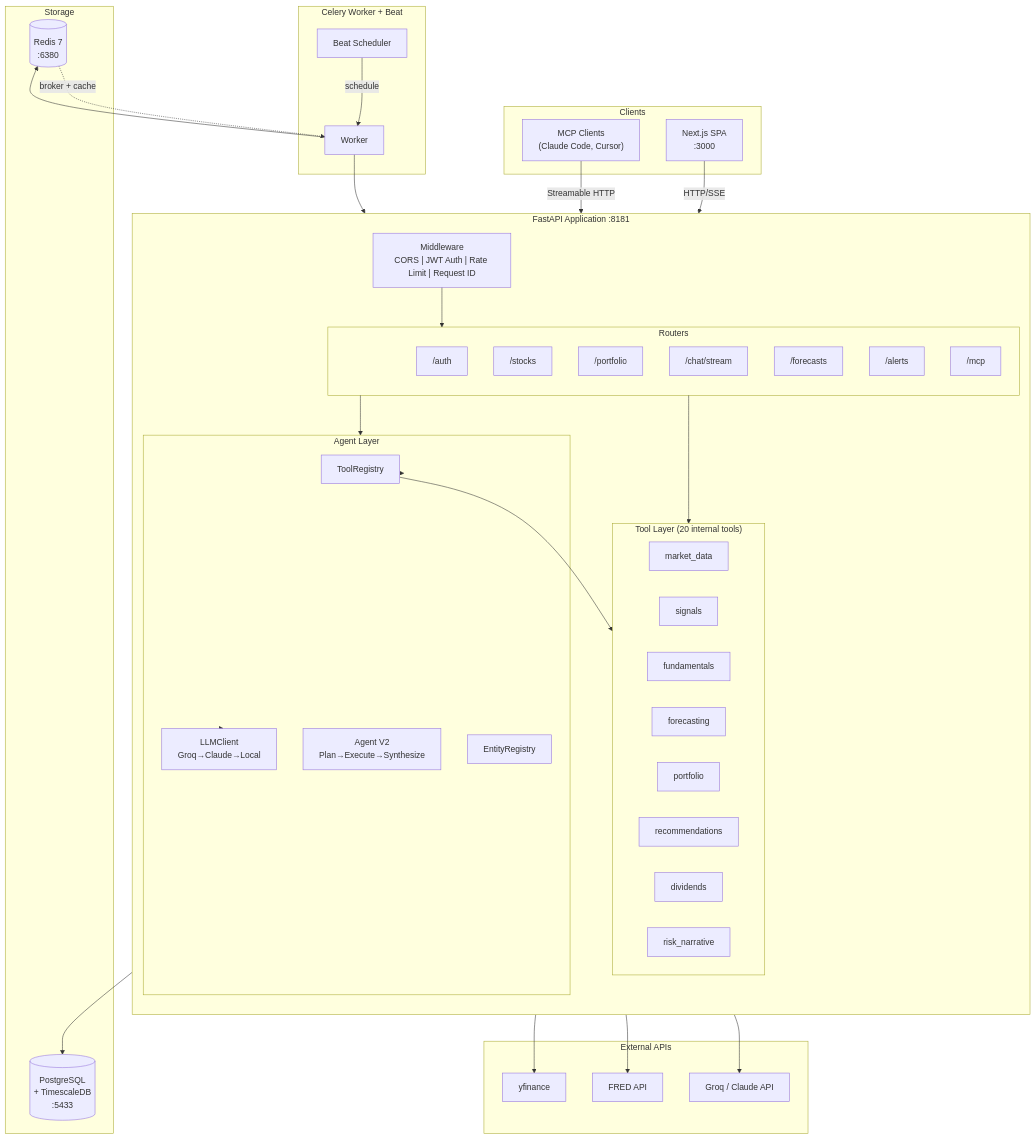
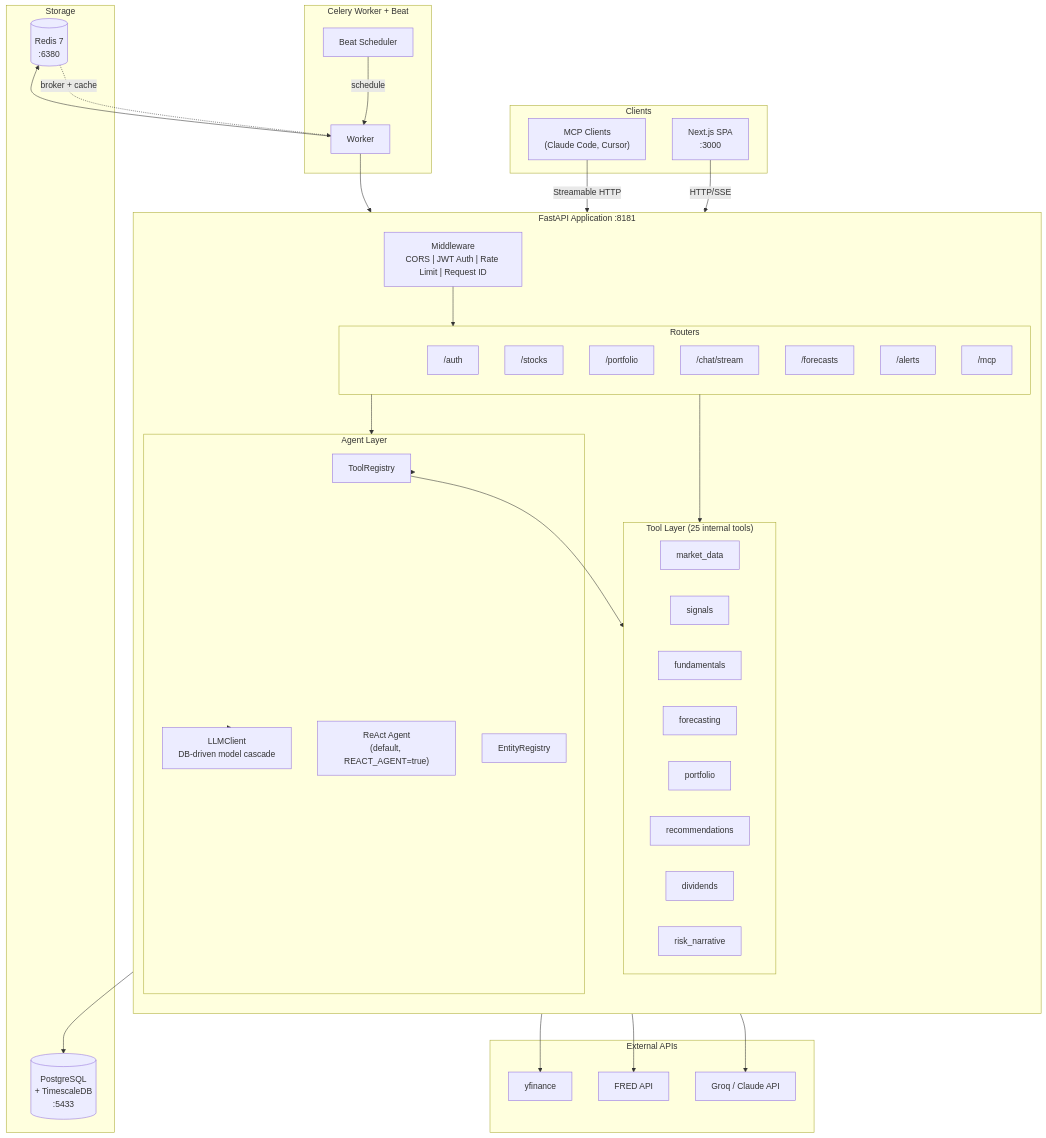
The first of 8 diagrams in docs/TDD.md (vipulbhatia29/stock-signal-platform), drawn with Mermaid before and after one commit. The commit also changed other lines of this file and 8 other files, not shown here.

````diff
--- a/docs/TDD.md
+++ b/docs/TDD.md
@@ -25,71 +25,71 @@
 ```mermaid
 graph TB
     subgraph Clients
         NextJS["Next.js SPA<br/>:3000"]
         MCP_Client["MCP Clients<br/>(Claude Code, Cursor)"]
     end
 
     subgraph FastAPI["FastAPI Application :8181"]
         direction TB
         MW["Middleware<br/>CORS | JWT Auth | Rate Limit | Request ID"]
 
         subgraph Routers
             R_Auth["/auth"]
             R_Stocks["/stocks"]
             R_Portfolio["/portfolio"]
             R_Chat["/chat/stream"]
             R_Forecast["/forecasts"]
             R_Alerts["/alerts"]
             R_MCP["/mcp"]
         end
 
-        subgraph Tools["Tool Layer (20 internal tools)"]
+        subgraph Tools["Tool Layer (25 internal tools)"]
             T_Market["market_data"]
             T_Signals["signals"]
             T_Fund["fundamentals"]
             T_Forecast["forecasting"]
             T_Portfolio["portfolio"]
             T_Recs["recommendations"]
             T_Divs["dividends"]
             T_Risk["risk_narrative"]
         end
 
         subgraph Agents["Agent Layer"]
             TR["ToolRegistry"]
-            AG_V2["Agent V2<br/>Plan→Execute→Synthesize"]
+            AG["ReAct Agent<br/>(default, REACT_AGENT=true)"]
             ER["EntityRegistry"]
-            LLM["LLMClient<br/>Groq→Claude→Local"]
+            LLM["LLMClient<br/>DB-driven model cascade"]
         end
     end
 
     subgraph Storage
         PG[("PostgreSQL<br/>+ TimescaleDB<br/>:5433")]
         Redis[("Redis 7<br/>:6380")]
     end
 
     subgraph Background["Celery Worker + Beat"]
         CW["Worker"]
         CB["Beat Scheduler"]
     end
 
     subgraph External["External APIs"]
         YF["yfinance"]
         FRED["FRED API"]
         Groq["Groq / Claude API"]
     end
 
     NextJS -->|HTTP/SSE| MW
     MCP_Client -->|Streamable HTTP| R_MCP
     MW --> Routers
     Routers --> Tools
     Routers --> Agents
     Agents --> TR --> Tools
     Agents --> LLM --> Groq
     Tools --> PG
     Tools --> YF
     Tools --> FRED
     CB -->|schedule| CW
     CW --> Tools
     CW --> Redis
     Redis -.->|broker + cache| CW
 ```
````
